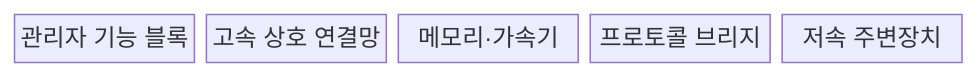
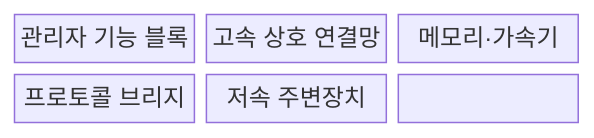
The first of 2 diagrams in src/content/docs/notes/02-hardware/078_amba_bus_protocol.md (agnusdei1207/knowledge-base), drawn with Mermaid before and after one commit. The commit also changed other lines of this file and 86 other files, not shown here.

````diff
--- a/src/content/docs/notes/02-hardware/078_amba_bus_protocol.md
+++ b/src/content/docs/notes/02-hardware/078_amba_bus_protocol.md
@@ -62,9 +62,11 @@
 ```mermaid
-block
-  columns 5
+block-beta
+  columns 3
   A["관리자 기능 블록"]
   B["고속 상호 연결망"]
   C["메모리·가속기"]
   D["프로토콜 브리지"]
   E["저속 주변장치"]
+  A --- B --- C
+  B --- D --- E
 ```
````
